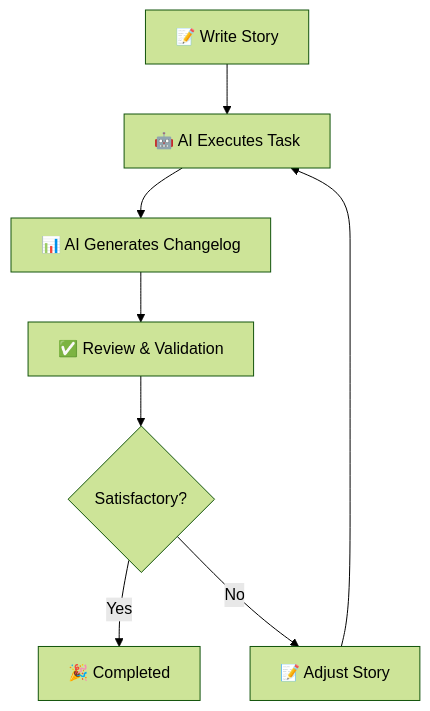
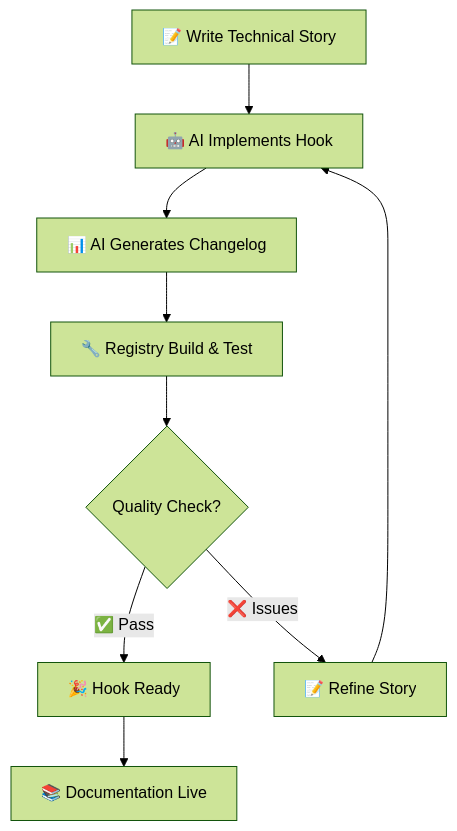
One commit to h3rmel/guarahooks changed the diagram in .cursor/WORKFLOW-GUIDE.md. Above: the diagram before and after it, drawn with Mermaid (forest theme). The commit also changed other lines of this file and 9 other files, not shown here.

````diff
--- a/.cursor/WORKFLOW-GUIDE.md
+++ b/.cursor/WORKFLOW-GUIDE.md
@@ -13,10 +14,11 @@
 ```mermaid
 graph TD
-    A[📝 Write Story] --> B[🤖 AI Executes Task]
+    A[📝 Write Technical Story] --> B[🤖 AI Implements Hook]
     B --> C[📊 AI Generates Changelog]
-    C --> D[✅ Review & Validation]
-    D --> E{Satisfactory?}
-    E -->|Yes| F[🎉 Completed]
-    E -->|No| G[📝 Adjust Story]
+    C --> D[🔧 Registry Build & Test]
+    D --> E{Quality Check?}
+    E -->|✅ Pass| F[🎉 Hook Ready]
+    E -->|❌ Issues| G[📝 Refine Story]
     G --> B
+    F --> H[📚 Documentation Live]
 ```
````
